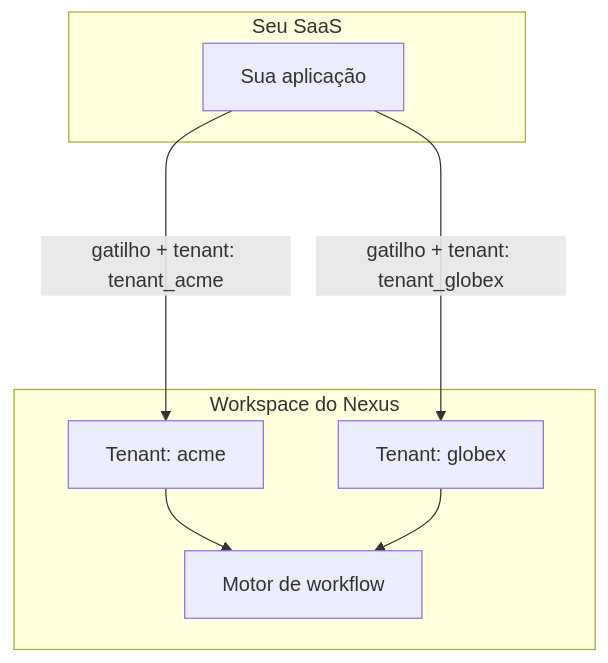
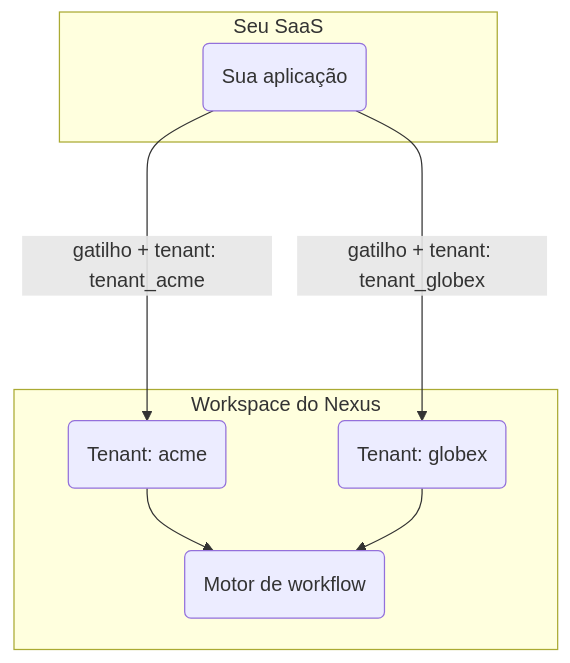
The diagram in content/docs/pt/platform/guides/b2b-multi-tenant.mdx (KriyanshKhunt/nexus_docs), drawn with Mermaid before and after one commit. The commit also changed 20 other files, not shown here.

Commit message:
Handle pt Mermaid charts

````diff
--- a/content/docs/pt/platform/guides/b2b-multi-tenant.mdx
+++ b/content/docs/pt/platform/guides/b2b-multi-tenant.mdx
@@ -14,15 +14,15 @@
 ```mermaid
 flowchart TB
   subgraph Your SaaS [Seu SaaS]
-    App[Sua aplicação]
+    App(Sua aplicação)
   end
   subgraph Nexus Workspace [Workspace do Nexus]
-    T1[Tenant: acme]
-    T2[Tenant: globex]
-    W[Motor de workflow]
+    T1(Tenant: acme)
+    T2(Tenant: globex)
+    W(Motor de workflow)
   end
   App ---->|gatilho + tenant: tenant_acme| T1
   App ---->|gatilho + tenant: tenant_globex| T2
   T1 --> W
   T2 --> W
 ```
````
